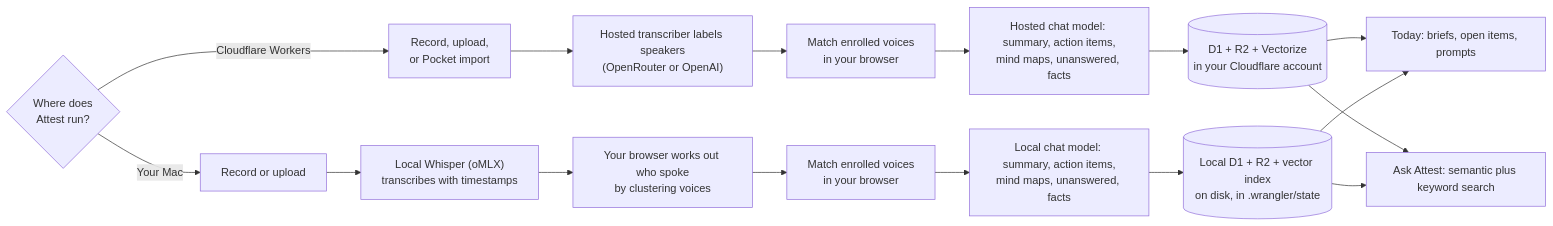
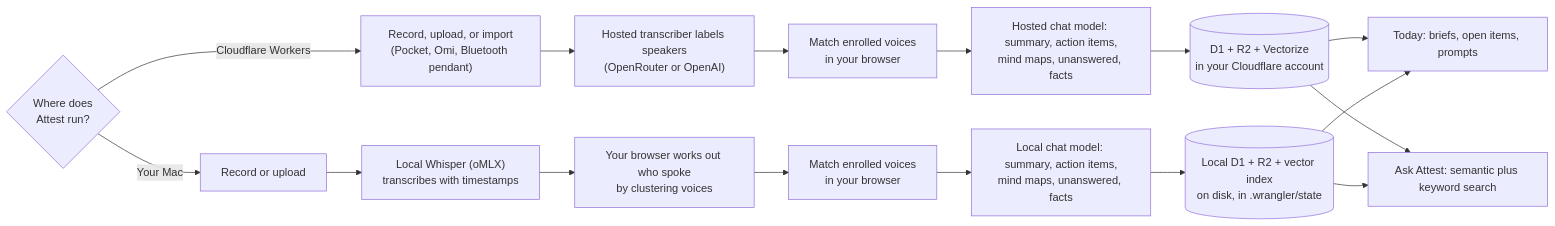
One commit to jkhall316/Attest changed the diagram in README.md. Above: the diagram before and after it, drawn with Mermaid. The commit also changed other lines of this file and 108 other files, not shown here.

````diff
--- a/README.md
+++ b/README.md
@@ -58,22 +60,22 @@
 ```mermaid
 flowchart LR
   S{"Where does<br/>Attest run?"}
 
-  S -->|"Cloudflare Workers"| C1["Record, upload,<br/>or Pocket import"]
+  S -->|"Cloudflare Workers"| C1["Record, upload, or import<br/>(Pocket, Omi, Bluetooth pendant)"]
   C1 --> C2["Hosted transcriber labels speakers<br/>(OpenRouter or OpenAI)"]
   C2 --> M["Match enrolled voices<br/>in your browser"]
   M --> C3["Hosted chat model: summary, action items,<br/>mind maps, unanswered, facts"]
   C3 --> C4[("D1 + R2 + Vectorize<br/>in your Cloudflare account")]
 
   S -->|"Your Mac"| L1["Record or upload"]
   L1 --> L2["Local Whisper (oMLX)<br/>transcribes with timestamps"]
   L2 --> L3["Your browser works out who spoke<br/>by clustering voices"]
   L3 --> M2["Match enrolled voices<br/>in your browser"]
   M2 --> L4["Local chat model: summary, action items,<br/>mind maps, unanswered, facts"]
   L4 --> L5[("Local D1 + R2 + vector index<br/>on disk, in .wrangler/state")]
 
   C4 --> F["Today: briefs, open items, prompts"]
   C4 --> G["Ask Attest: semantic plus keyword search"]
   L5 --> F
   L5 --> G
 ```
````
